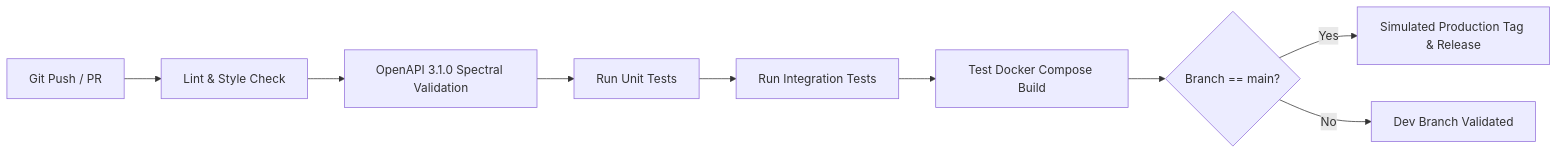
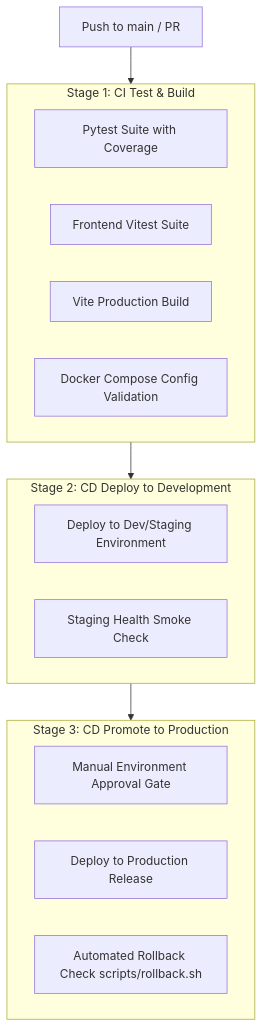
One commit to KrishnaG-101/PR-Whisperer changed the diagram in docs/testing-and-cicd.md. Above: the diagram before and after it, drawn with Mermaid. The commit also changed other lines of this file and 3 other files, not shown here.

````diff
--- a/docs/testing-and-cicd.md
+++ b/docs/testing-and-cicd.md
@@ -39,11 +50,21 @@
 ```mermaid
-flowchart LR
-    Commit[Git Push / PR] --> Lint[Lint & Style Check]
-    Lint --> OpenAPI[OpenAPI 3.1.0 Spectral Validation]
-    OpenAPI --> Unit[Run Unit Tests]
-    Unit --> Integ[Run Integration Tests]
-    Integ --> Docker[Test Docker Compose Build]
-    Docker --> Promote{Branch == main?}
-    Promote -->|Yes| ProdRelease[Simulated Production Tag & Release]
-    Promote -->|No| DevPass[Dev Branch Validated]
+flowchart TD
+    Commit[Push to main / PR] --> Stage1[Stage 1: ci-test-and-build]
+    subgraph Stage1[Stage 1: CI Test & Build]
+        Pytest[Pytest Suite with Coverage]
+        Vitest[Frontend Vitest Suite]
+        Build[Vite Production Build]
+        Compose[Docker Compose Config Validation]
+    end
+    Stage1 --> Stage2[Stage 2: deploy-dev]
+    subgraph Stage2[Stage 2: CD Deploy to Development]
+        DevDeploy[Deploy to Dev/Staging Environment]
+        DevSmoke[Staging Health Smoke Check]
+    end
+    Stage2 --> Stage3[Stage 3: deploy-prod]
+    subgraph Stage3[Stage 3: CD Promote to Production]
+        ProdGate[Manual Environment Approval Gate]
+        ProdDeploy[Deploy to Production Release]
+        Rollback[Automated Rollback Check scripts/rollback.sh]
+    end
 ```
````
